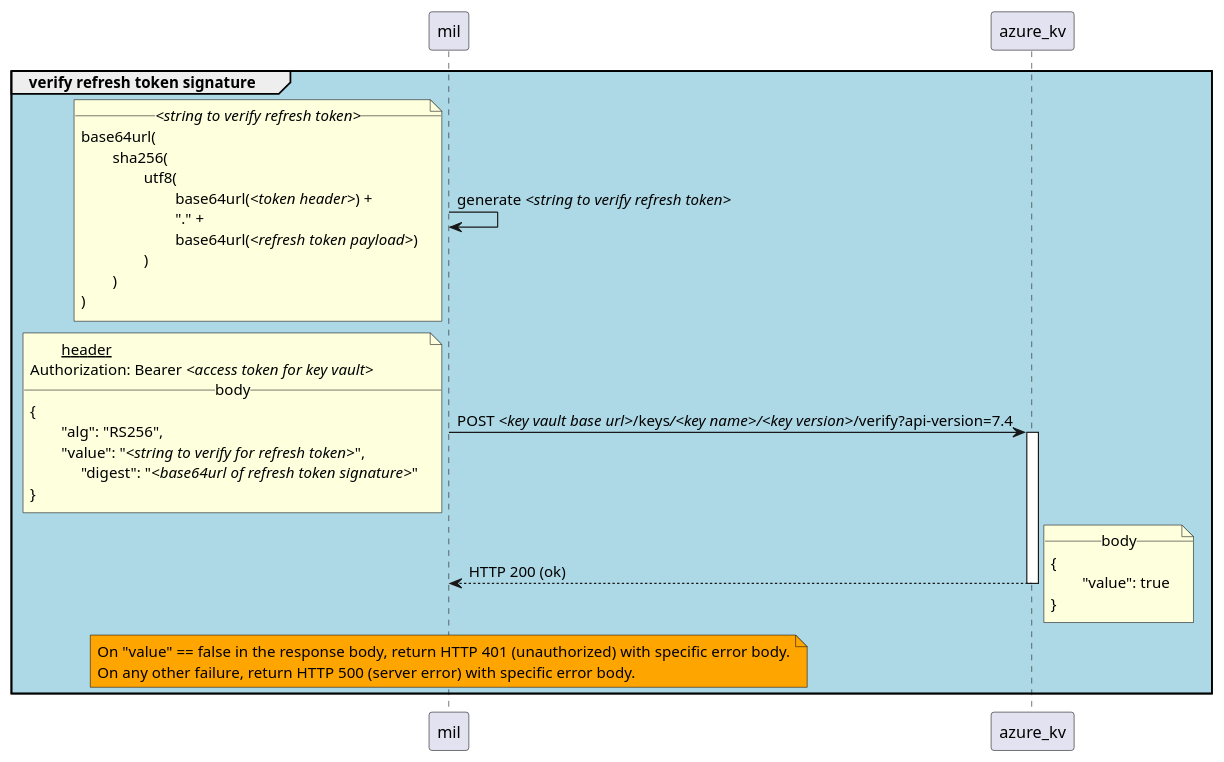
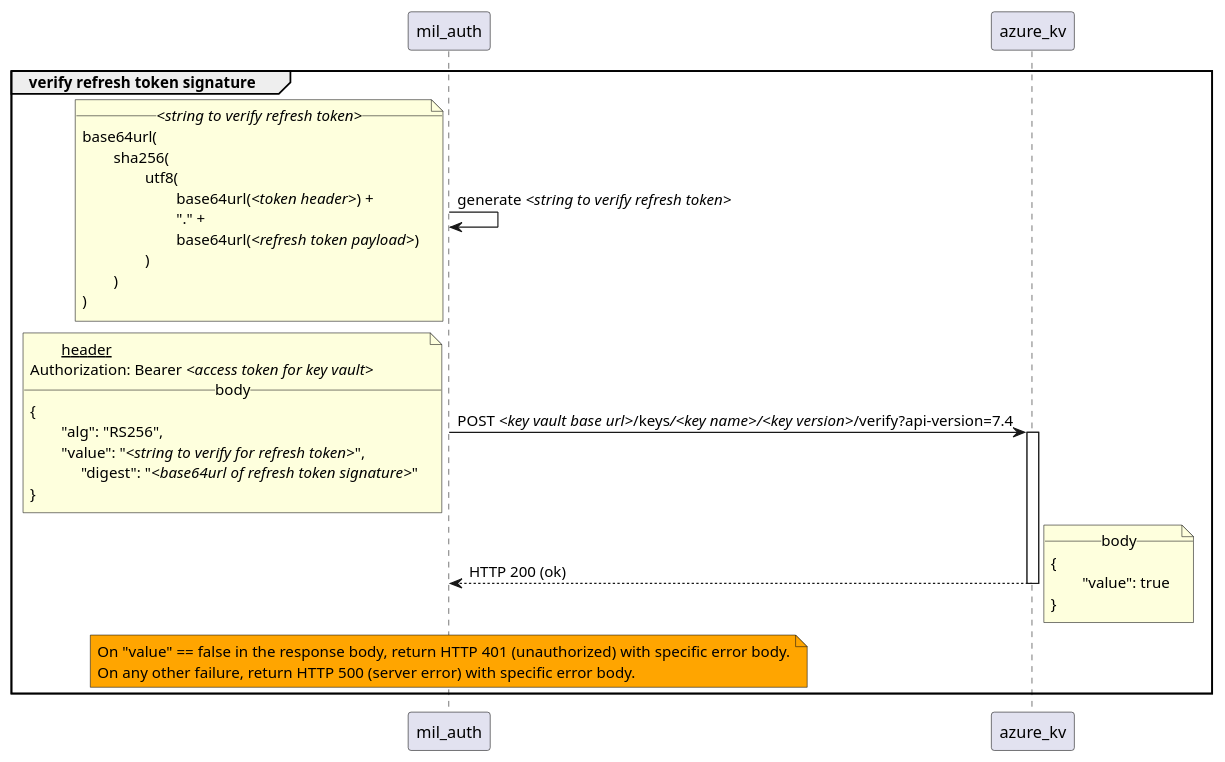
One commit to pagopa/mil-diags changed the diagram in sequence_diags/pagoPA/pos_management/verify_refresh_token_signature.puml. Above: the diagram before and after it, drawn with PlantUML. The commit also changed 37 other files, not shown here.

```diff
--- a/sequence_diags/pagoPA/pos_management/verify_refresh_token_signature.puml
+++ b/sequence_diags/pagoPA/pos_management/verify_refresh_token_signature.puml
@@ -1,40 +1,40 @@
-group #ADD8E6 verify refresh token signature
-    mil -> mil : generate //<string to verify refresh token>//
+group verify refresh token signature
+    mil_auth -> mil_auth : generate //<string to verify refresh token>//
 		note left
 			__//<string to verify refresh token>//__
 			base64url(
 				sha256(
 					utf8(
 						base64url(//<token header>//) +
 						"." +
 						base64url(//<refresh token payload>//)
 					)
 				)
 			)
 		end note
 
-	mil -> azure_kv ++ : POST //<key vault base url>///keys///<key name>/////<key version>///verify?api-version=7.4
+	mil_auth -> azure_kv ++ : POST //<key vault base url>///keys///<key name>/////<key version>///verify?api-version=7.4
 		note left
         	__header__
 			Authorization: Bearer //<access token for key vault>//
 			__body__
 			{
 				"alg": "RS256",
 				"value": "//<string to verify for refresh token>//",
                 "digest": "//<base64url of refresh token signature>//"
 			}
 		end note
 
-	azure_kv --> mil -- : HTTP 200 (ok)
+	azure_kv --> mil_auth -- : HTTP 200 (ok)
 		note right
 			__body__
 			{
 				"value": true
 			}
 		end note
 
-	note over mil #Orange
+	note over mil_auth #Orange
 		On "value" == false in the response body, return HTTP 401 (unauthorized) with specific error body.
 		On any other failure, return HTTP 500 (server error) with specific error body. 
 	end note
 end
```
